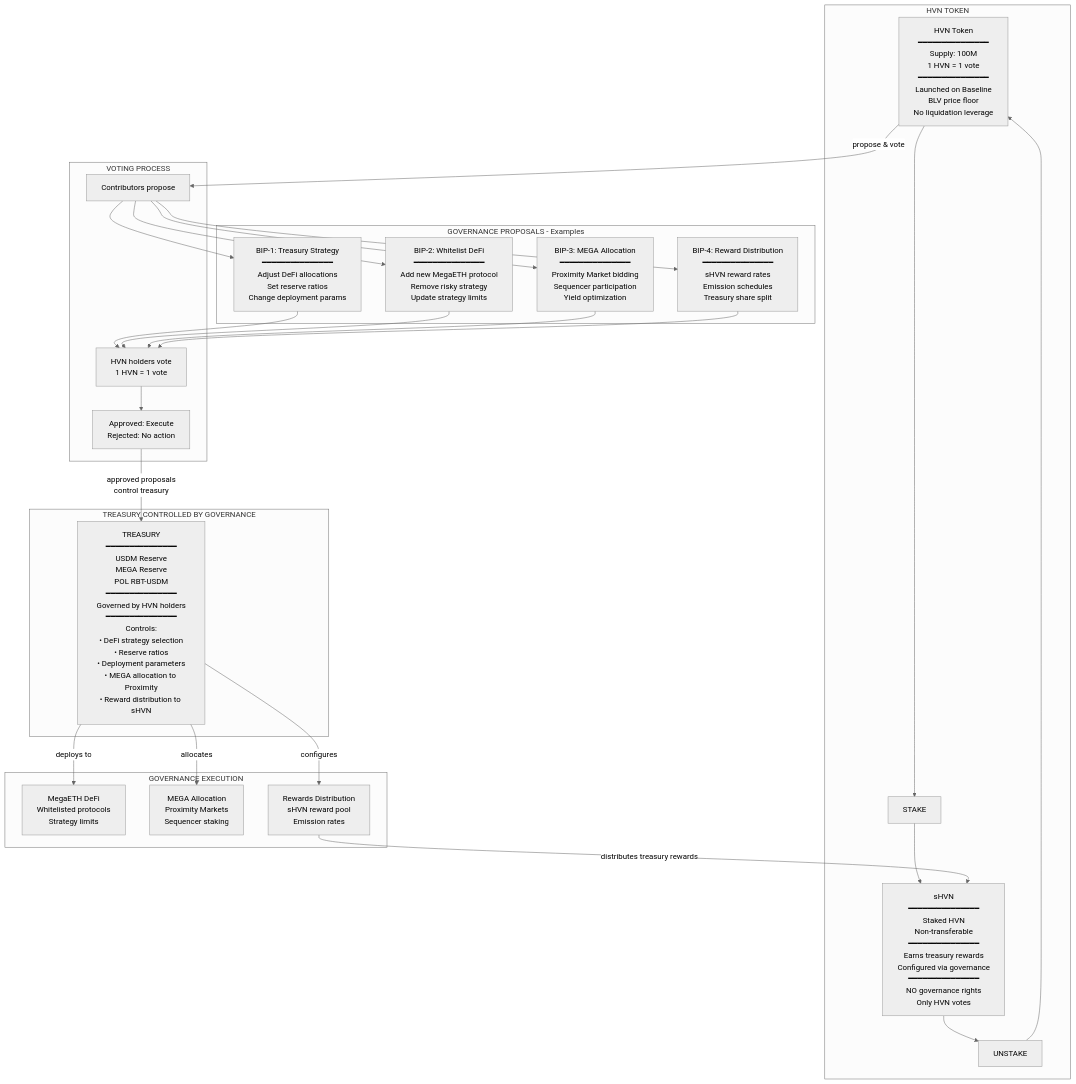
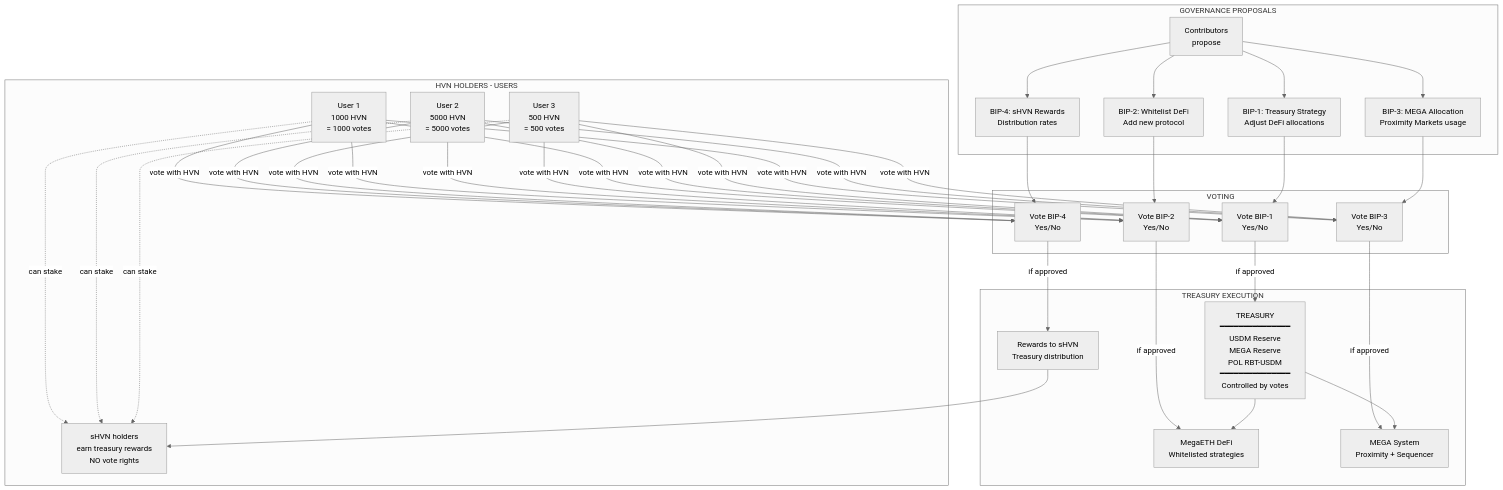
Before and after one commit to 0xJaehaerys/ohmega: the fourth of 4 diagrams in blackhaven-complete-system.md, drawn with Mermaid (neutral theme).

Commit message:
Show concrete users with HVN voting: User 1/2/3 with vote counts, voting on BIP examples

````diff
--- a/blackhaven-complete-system.md
+++ b/blackhaven-complete-system.md
@@ -213,63 +213,71 @@
 ```mermaid
 graph TB
-    subgraph "HVN TOKEN"
-        HVN[HVN Token<br/>━━━━━━━━━━━━━━━<br/>Supply: 100M<br/>1 HVN = 1 vote<br/>━━━━━━━━━━━━━━━<br/>Launched on Baseline<br/>BLV price floor<br/>No liquidation leverage]
+    subgraph "HVN HOLDERS - USERS"
+        USER1[User 1<br/>1000 HVN<br/>= 1000 votes]
+        USER2[User 2<br/>5000 HVN<br/>= 5000 votes]
+        USER3[User 3<br/>500 HVN<br/>= 500 votes]
         
-        STAKE_HVN[STAKE]
-        UNSTAKE_HVN[UNSTAKE]
-        
-        SHVN[sHVN<br/>━━━━━━━━━━━━━━━<br/>Staked HVN<br/>Non-transferable<br/>━━━━━━━━━━━━━━━<br/>Earns treasury rewards<br/>Configured via governance<br/>━━━━━━━━━━━━━━━<br/>NO governance rights<br/>Only HVN votes]
-        
-        HVN --> STAKE_HVN
-        STAKE_HVN --> SHVN
-        SHVN --> UNSTAKE_HVN
-        UNSTAKE_HVN --> HVN
+        USER1 -.->|can stake| SHVN_USERS[sHVN holders<br/>earn treasury rewards<br/>NO vote rights]
+        USER2 -.->|can stake| SHVN_USERS
+        USER3 -.->|can stake| SHVN_USERS
     end
     
-    subgraph "GOVERNANCE PROPOSALS - Examples"
-        BIP1[BIP-1: Treasury Strategy<br/>━━━━━━━━━━━━━━━<br/>Adjust DeFi allocations<br/>Set reserve ratios<br/>Change deployment params]
+    subgraph "GOVERNANCE PROPOSALS"
+        CONTRIBUTOR[Contributors<br/>propose]
         
-        BIP2[BIP-2: Whitelist DeFi<br/>━━━━━━━━━━━━━━━<br/>Add new MegaETH protocol<br/>Remove risky strategy<br/>Update strategy limits]
+        BIP1[BIP-1: Treasury Strategy<br/>Adjust DeFi allocations]
+        BIP2[BIP-2: Whitelist DeFi<br/>Add new protocol]
+        BIP3[BIP-3: MEGA Allocation<br/>Proximity Markets usage]
+        BIP4[BIP-4: sHVN Rewards<br/>Distribution rates]
         
-        BIP3[BIP-3: MEGA Allocation<br/>━━━━━━━━━━━━━━━<br/>Proximity Market bidding<br/>Sequencer participation<br/>Yield optimization]
-        
-        BIP4[BIP-4: Reward Distribution<br/>━━━━━━━━━━━━━━━<br/>sHVN reward rates<br/>Emission schedules<br/>Treasury share split]
+        CONTRIBUTOR --> BIP1
+        CONTRIBUTOR --> BIP2
+        CONTRIBUTOR --> BIP3
+        CONTRIBUTOR --> BIP4
     end
     
-    subgraph "VOTING PROCESS"
-        PROPOSE[Contributors propose]
-        VOTE[HVN holders vote<br/>1 HVN = 1 vote]
-        EXECUTE[Approved: Execute<br/>Rejected: No action]
+    subgraph "VOTING"
+        VOTE_BIP1[Vote BIP-1<br/>Yes/No]
+        VOTE_BIP2[Vote BIP-2<br/>Yes/No]
+        VOTE_BIP3[Vote BIP-3<br/>Yes/No]
+        VOTE_BIP4[Vote BIP-4<br/>Yes/No]
     end
     
-    subgraph "TREASURY CONTROLLED BY GOVERNANCE"
-        TREASURY_GOV[TREASURY<br/>━━━━━━━━━━━━━━━<br/>USDM Reserve<br/>MEGA Reserve<br/>POL RBT-USDM<br/>━━━━━━━━━━━━━━━<br/>Governed by HVN holders<br/>━━━━━━━━━━━━━━━<br/>Controls:<br/>• DeFi strategy selection<br/>• Reserve ratios<br/>• Deployment parameters<br/>• MEGA allocation to Proximity<br/>• Reward distribution to sHVN]
+    subgraph "TREASURY EXECUTION"
+        TREASURY_CTRL[TREASURY<br/>━━━━━━━━━━━━━━━<br/>USDM Reserve<br/>MEGA Reserve<br/>POL RBT-USDM<br/>━━━━━━━━━━━━━━━<br/>Controlled by votes]
+        
+        DEFI_STRAT[MegaETH DeFi<br/>Whitelisted strategies]
+        MEGA_ALLOC[MEGA System<br/>Proximity + Sequencer]
+        REWARD_DIST[Rewards to sHVN<br/>Treasury distribution]
     end
     
-    subgraph "GOVERNANCE EXECUTION"
-        DEFI_EXEC[MegaETH DeFi<br/>Whitelisted protocols<br/>Strategy limits]
-        MEGA_EXEC[MEGA Allocation<br/>Proximity Markets<br/>Sequencer staking]
-        REWARDS_EXEC[Rewards Distribution<br/>sHVN reward pool<br/>Emission rates]
-    end
+    USER1 -->|vote with HVN| VOTE_BIP1
+    USER1 -->|vote with HVN| VOTE_BIP2
+    USER1 -->|vote with HVN| VOTE_BIP3
+    USER1 -->|vote with HVN| VOTE_BIP4
     
-    HVN -->|propose & vote| PROPOSE
-    PROPOSE --> BIP1
-    PROPOSE --> BIP2
-    PROPOSE --> BIP3
-    PROPOSE --> BIP4
+    USER2 -->|vote with HVN| VOTE_BIP1
+    USER2 -->|vote with HVN| VOTE_BIP2
+    USER2 -->|vote with HVN| VOTE_BIP3
+    USER2 -->|vote with HVN| VOTE_BIP4
     
-    BIP1 --> VOTE
-    BIP2 --> VOTE
-    BIP3 --> VOTE
-    BIP4 --> VOTE
+    USER3 -->|vote with HVN| VOTE_BIP1
+    USER3 -->|vote with HVN| VOTE_BIP2
+    USER3 -->|vote with HVN| VOTE_BIP3
+    USER3 -->|vote with HVN| VOTE_BIP4
     
-    VOTE --> EXECUTE
+    BIP1 --> VOTE_BIP1
+    BIP2 --> VOTE_BIP2
+    BIP3 --> VOTE_BIP3
+    BIP4 --> VOTE_BIP4
     
-    EXECUTE -->|approved proposals<br/>control treasury| TREASURY_GOV
+    VOTE_BIP1 -->|if approved| TREASURY_CTRL
+    VOTE_BIP2 -->|if approved| DEFI_STRAT
+    VOTE_BIP3 -->|if approved| MEGA_ALLOC
+    VOTE_BIP4 -->|if approved| REWARD_DIST
     
-    TREASURY_GOV -->|deploys to| DEFI_EXEC
-    TREASURY_GOV -->|allocates| MEGA_EXEC
-    TREASURY_GOV -->|configures| REWARDS_EXEC
+    TREASURY_CTRL --> DEFI_STRAT
+    TREASURY_CTRL --> MEGA_ALLOC
     
-    REWARDS_EXEC -->|distributes treasury rewards| SHVN
+    REWARD_DIST --> SHVN_USERS
 ```
````
